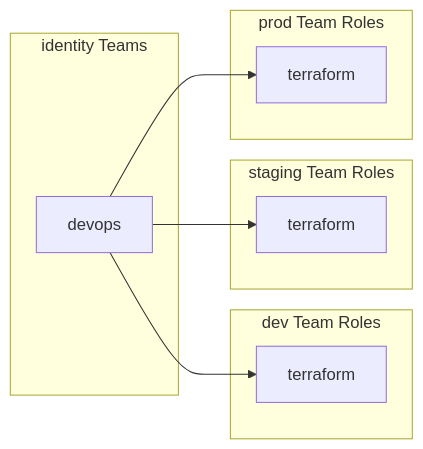
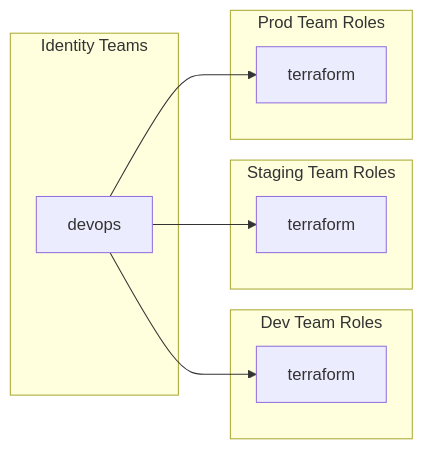
The second of 2 diagrams in docs/layers/identity/identity.mdx (cloudposse/docs), drawn with Mermaid before and after one commit. The commit also changed other lines of this file and 1 other file, not shown here.

Commit message:
incorporate identity feedback

````diff
--- a/docs/layers/identity/identity.mdx
+++ b/docs/layers/identity/identity.mdx
@@ -119,22 +117,22 @@
 ```mermaid
 flowchart LR
-    subgraph identity_teams["identity Teams"]
+    subgraph identity_teams["Identity Teams"]
         devops["devops"]
     end
 
-    subgraph dev_team_roles["dev Team Roles"]
+    subgraph dev_team_roles["Dev Team Roles"]
         terraform_dev["terraform"]
     end
 
-    subgraph staging_team_roles["staging Team Roles"]
+    subgraph staging_team_roles["Staging Team Roles"]
         terraform_staging["terraform"]
     end
 
-    subgraph prod_team_roles["prod Team Roles"]
+    subgraph prod_team_roles["Prod Team Roles"]
         terraform_prod["terraform"]
     end
 
     devops --> terraform_dev
     devops --> terraform_staging
     devops --> terraform_prod
 ```
````
